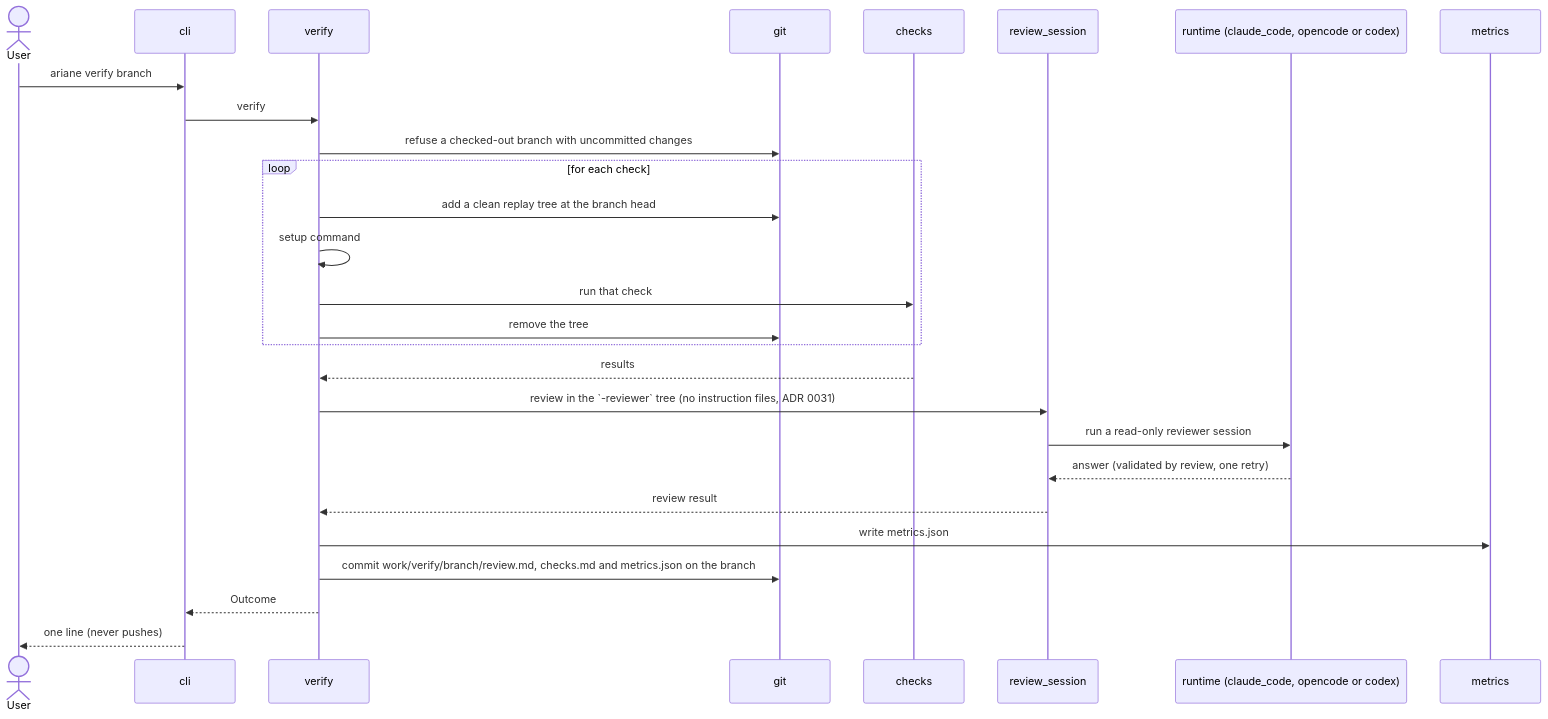
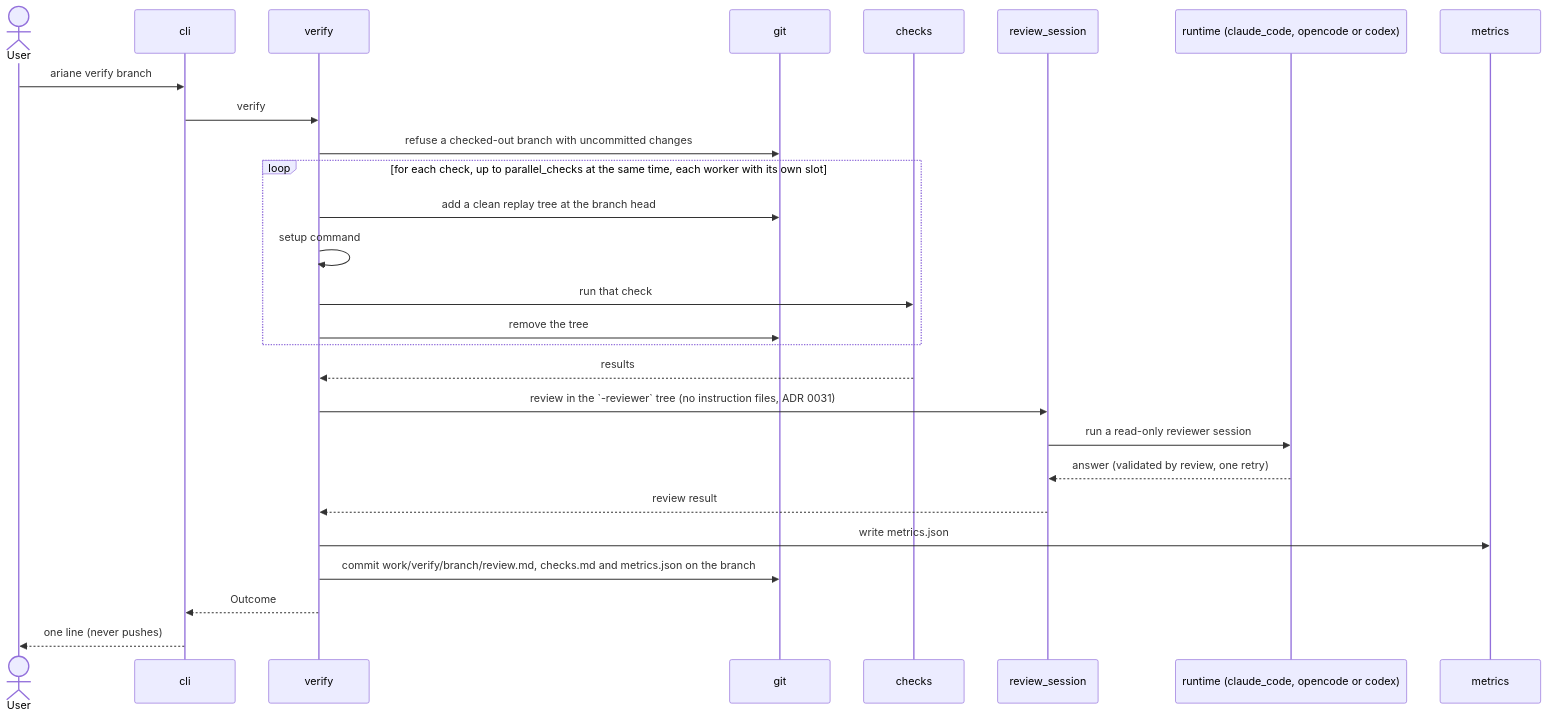
One commit to plaplanche/ariane changed the fourth of 6 diagrams in docs/architecture/3-components.md. Above: the diagram before and after it, drawn with Mermaid. The commit also changed other lines of this file and 26 other files, not shown here.

Commit message:
#143: Replay independent checks in parallel, each in its own tree and slot (C9)

````diff
--- a/docs/architecture/3-components.md
+++ b/docs/architecture/3-components.md
@@ -269,29 +274,29 @@
 ```mermaid
 sequenceDiagram
   actor U as User
   participant CLI as cli
   participant V as verify
   participant G as git
   participant C as checks
   participant S as review_session
   participant R as runtime (claude_code, opencode or codex)
   participant M as metrics
   U->>CLI: ariane verify branch
   CLI->>V: verify
   V->>G: refuse a checked-out branch with uncommitted changes
-  loop for each check
+  loop for each check, up to parallel_checks at the same time, each worker with its own slot
     V->>G: add a clean replay tree at the branch head
     V->>V: setup command
     V->>C: run that check
     V->>G: remove the tree
   end
   C-->>V: results
   V->>S: review in the `-reviewer` tree (no instruction files, ADR 0031)
   S->>R: run a read-only reviewer session
   R-->>S: answer (validated by review, one retry)
   S-->>V: review result
   V->>M: write metrics.json
   V->>G: commit work/verify/branch/review.md, checks.md and metrics.json on the branch
   V-->>CLI: Outcome
   CLI-->>U: one line (never pushes)
 ```
````
